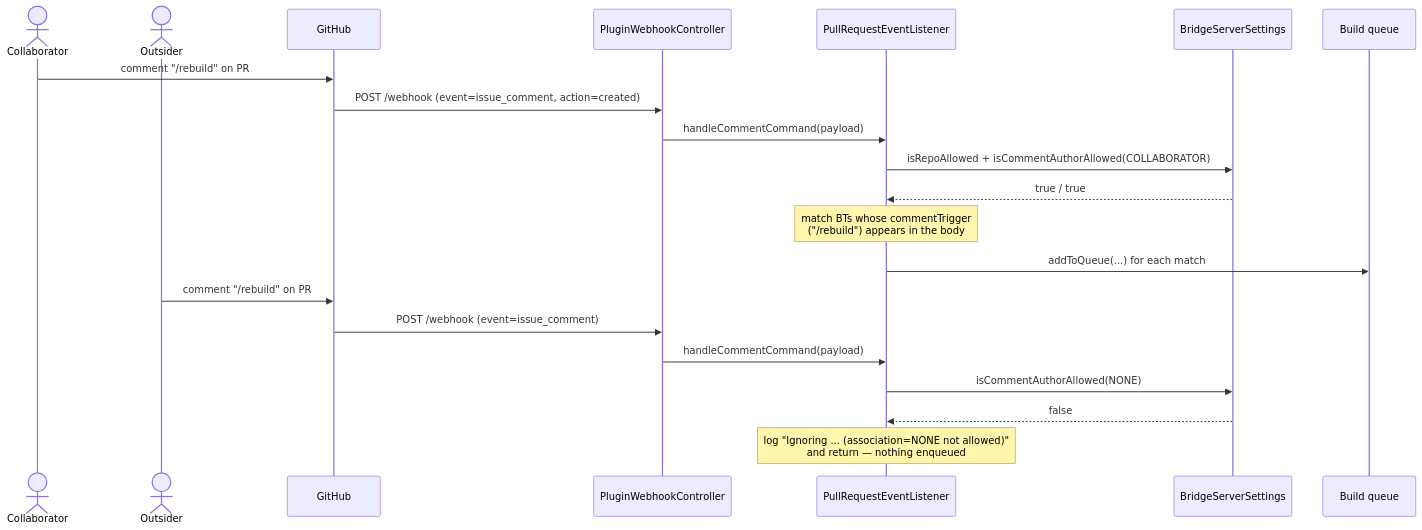
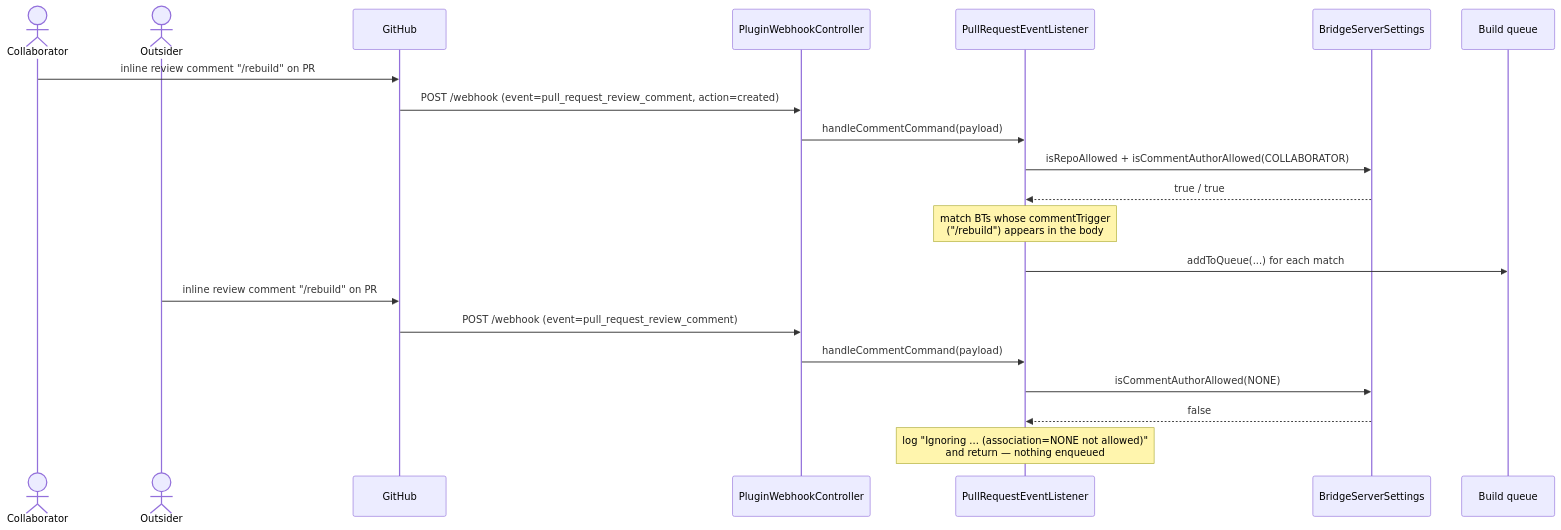
Before and after one commit to Silmaen/teamcity-github: the eighth of 13 diagrams in doc/usage-scenarios.md, drawn with Mermaid. The commit also changed other lines of this file and 32 other files, not shown here.

````diff
--- a/doc/usage-scenarios.md
+++ b/doc/usage-scenarios.md
@@ -590,25 +597,25 @@
 ```mermaid
 sequenceDiagram
     actor Collab as Collaborator
     actor Outsider
     participant GH as GitHub
     participant W as PluginWebhookController
     participant L as PullRequestEventListener
     participant SS as BridgeServerSettings
     participant Q as Build queue
 
-    Collab->>GH: comment "/rebuild" on PR #189
-    GH->>W: POST /webhook (event=issue_comment, action=created)
+    Collab->>GH: inline review comment "/rebuild" on PR #189
+    GH->>W: POST /webhook (event=pull_request_review_comment, action=created)
     W->>L: handleCommentCommand(payload)
     L->>SS: isRepoAllowed + isCommentAuthorAllowed(COLLABORATOR)
     SS-->>L: true / true
     Note over L: match BTs whose commentTrigger<br/>("/rebuild") appears in the body
     L->>Q: addToQueue(...) for each match
 
-    Outsider->>GH: comment "/rebuild" on PR #190
-    GH->>W: POST /webhook (event=issue_comment)
+    Outsider->>GH: inline review comment "/rebuild" on PR #190
+    GH->>W: POST /webhook (event=pull_request_review_comment)
     W->>L: handleCommentCommand(payload)
     L->>SS: isCommentAuthorAllowed(NONE)
     SS-->>L: false
     Note over L: log "Ignoring ... (association=NONE not allowed)"<br/>and return — nothing enqueued
 ```
````
